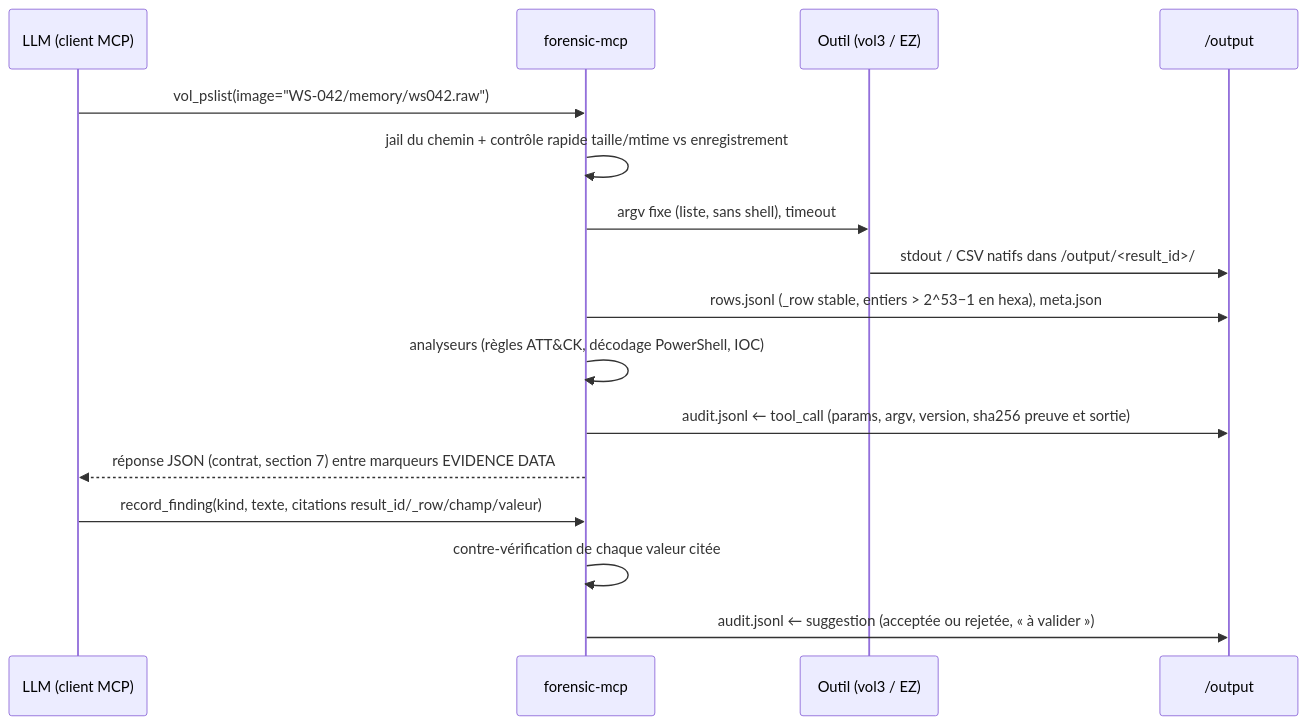
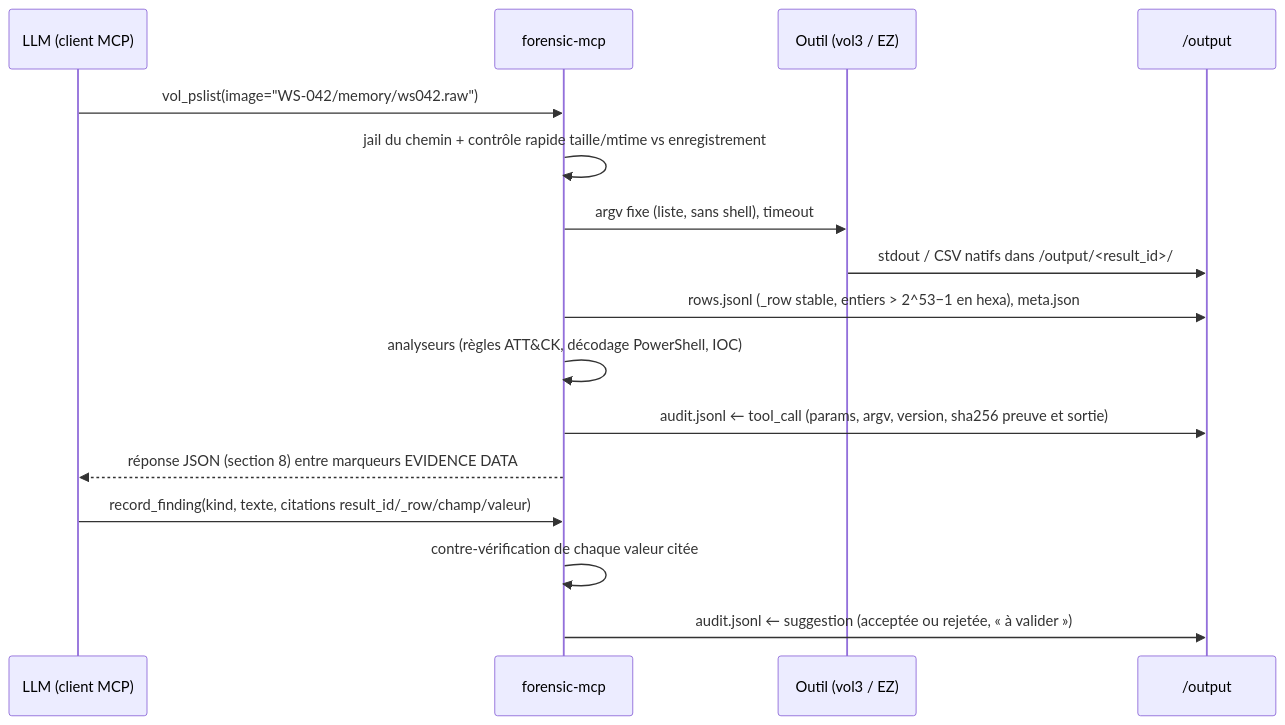
One commit to broxcat/mcp-forensique changed the second of 2 diagrams in docs/L2_architecture.md. Above: the diagram before and after it, drawn with Mermaid. The commit also changed other lines of this file and 3 other files, not shown here.

````diff
--- a/docs/L2_architecture.md
+++ b/docs/L2_architecture.md
@@ -67,18 +71,18 @@
 ```mermaid
 sequenceDiagram
   participant L as LLM (client MCP)
   participant S as forensic-mcp
   participant T as Outil (vol3 / EZ)
   participant O as /output
   L->>S: vol_pslist(image="WS-042/memory/ws042.raw")
   S->>S: jail du chemin + contrôle rapide taille/mtime vs enregistrement
   S->>T: argv fixe (liste, sans shell), timeout
   T->>O: stdout / CSV natifs dans /output/<result_id>/
   S->>O: rows.jsonl (_row stable, entiers > 2^53−1 en hexa), meta.json
   S->>S: analyseurs (règles ATT&CK, décodage PowerShell, IOC)
   S->>O: audit.jsonl ← tool_call (params, argv, version, sha256 preuve et sortie)
-  S-->>L: réponse JSON (contrat, section 7) entre marqueurs EVIDENCE DATA
+  S-->>L: réponse JSON (section 8) entre marqueurs EVIDENCE DATA
   L->>S: record_finding(kind, texte, citations result_id/_row/champ/valeur)
   S->>S: contre-vérification de chaque valeur citée
   S->>O: audit.jsonl ← suggestion (acceptée ou rejetée, « à valider »)
 ```
````
